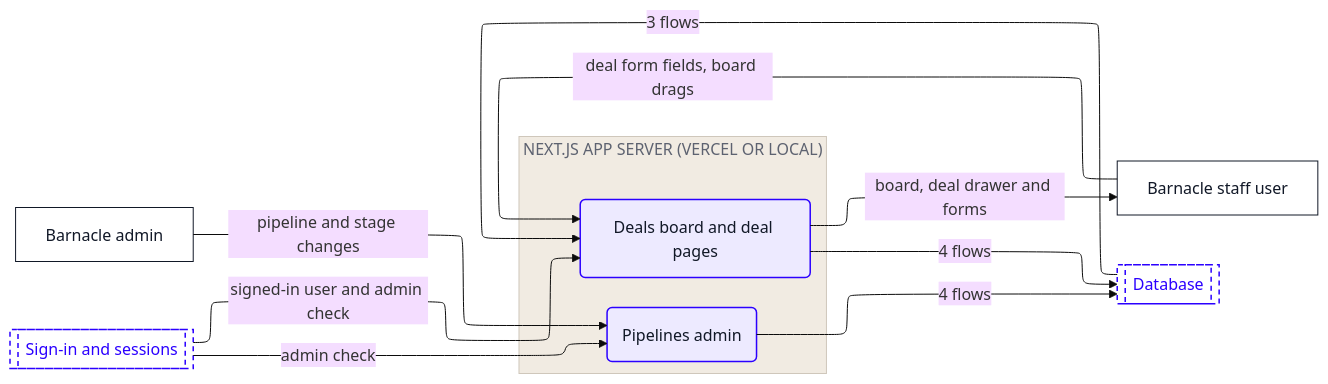
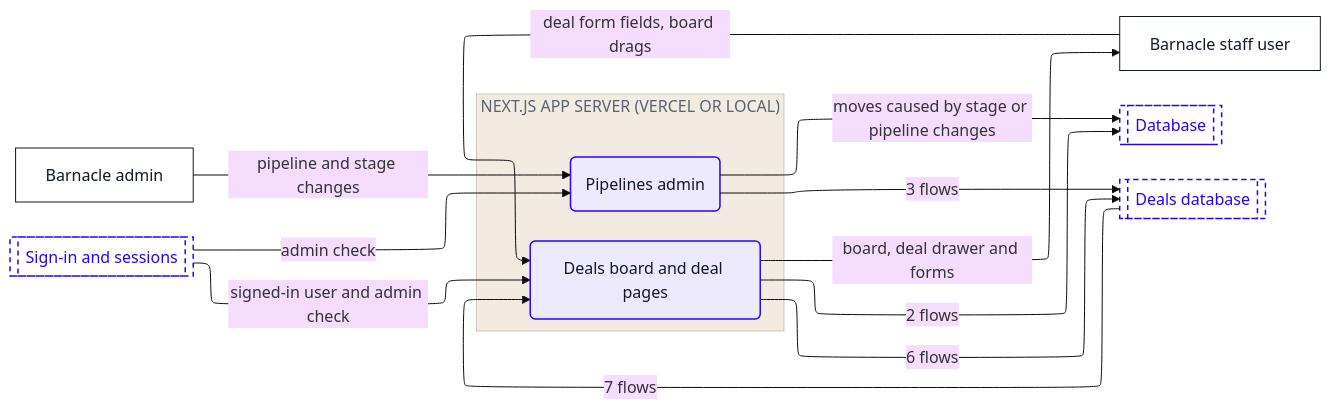
One commit to Romain-Perche/Barnacle-Pipe changed the fifth of 10 diagrams in dataflow/DATAFLOW.md. Above: the diagram before and after it, drawn with Mermaid (base theme). The commit also changed other lines of this file and 7 other files, not shown here.

````diff
--- a/dataflow/DATAFLOW.md
+++ b/dataflow/DATAFLOW.md
@@ -249,33 +245,36 @@
 ```mermaid
 ---
 config:
   layout: elk
 ---
 flowchart LR
     n1["Barnacle admin"]
     n2["Barnacle staff user"]
     subgraph z1["NEXT.JS APP SERVER (VERCEL OR LOCAL)"]
         n3("Deals board and deal pages")
         n4("Pipelines admin")
     end
     n5[["Database"]]
-    n6[["Sign-in and sessions"]]
+    n6[["Deals database"]]
+    n7[["Sign-in and sessions"]]
     n1 -->|"pipeline and stage changes"| n4
-    n3 -->|"4 flows"| n5
+    n6 -->|"7 flows"| n3
+    n3 -->|"6 flows"| n6
+    n3 -->|"2 flows"| n5
     n3 -->|"board, deal drawer and forms"| n2
-    n5 -->|"3 flows"| n3
-    n4 -->|"4 flows"| n5
-    n6 -->|"signed-in user and admin check"| n3
-    n6 -->|"admin check"| n4
+    n4 -->|"3 flows"| n6
+    n4 -->|"moves caused by stage or pipeline changes"| n5
+    n7 -->|"signed-in user and admin check"| n3
+    n7 -->|"admin check"| n4
     n2 -->|"deal form fields, board drags"| n3
     classDef actor fill:#FFFFFF,stroke:#111827,stroke-width:1px,color:#111827
     classDef process fill:#EDEAFF,stroke:#2B00FF,stroke-width:1.5px,color:#111827
     classDef store fill:#FAF6F1,stroke:#111827,stroke-width:1.5px,color:#111827
     classDef zone fill:#1A1A1A,stroke:#1A1A1A,color:#FFFFFF
     classDef group fill:#2B00FF,stroke:#2B00FF,color:#FFFFFF
     classDef stub fill:#FFFFFF,stroke:#2B00FF,stroke-width:1.5px,stroke-dasharray:5 4,color:#2B00FF
     class n1,n2 actor
     class n3,n4 process
-    class n5,n6 stub
+    class n5,n6,n7 stub
     style z1 fill:#F1EBE2,stroke:#CFC7BB,color:#5D6270
 ```
````
